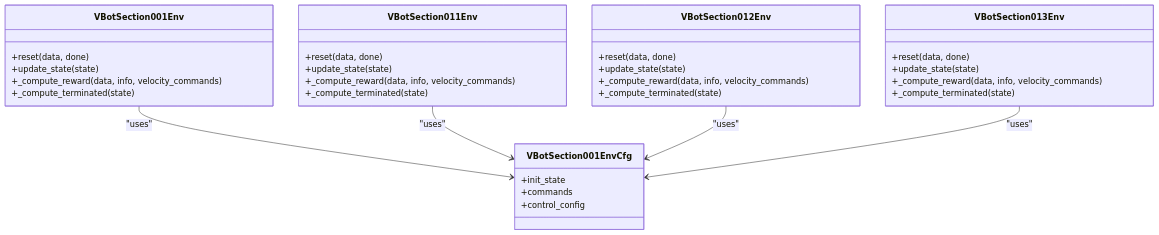
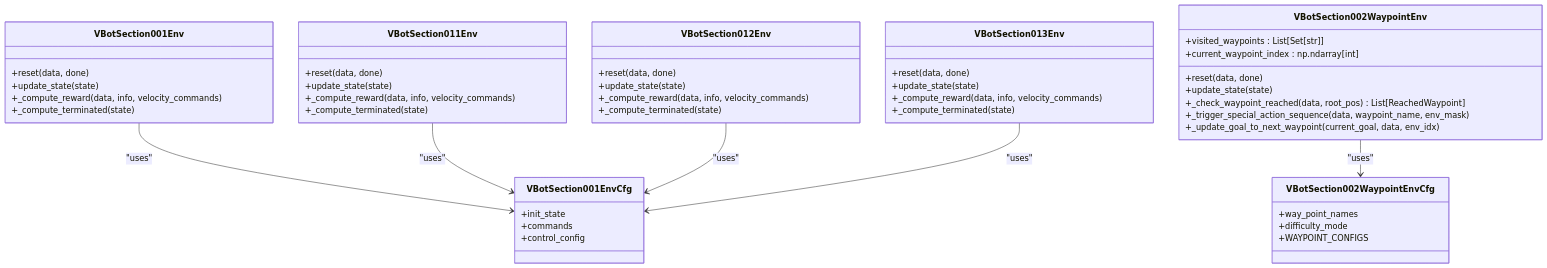
The fifth of 14 diagrams in .qoder/repowiki/en/content/Navigation Environments/Navigation Environments.md (jayjayhust/MotrixLab), drawn with Mermaid before and after one commit. The commit also changed other lines of this file and 27 other files, not shown here.

````diff
--- a/.qoder/repowiki/en/content/Navigation Environments/Navigation Environments.md
+++ b/.qoder/repowiki/en/content/Navigation Environments/Navigation Environments.md
@@ -258,36 +297,51 @@
 ```mermaid
 classDiagram
 class VBotSection001Env {
 +reset(data, done)
 +update_state(state)
 +_compute_reward(data, info, velocity_commands)
 +_compute_terminated(state)
 }
 class VBotSection011Env {
 +reset(data, done)
 +update_state(state)
 +_compute_reward(data, info, velocity_commands)
 +_compute_terminated(state)
 }
 class VBotSection012Env {
 +reset(data, done)
 +update_state(state)
 +_compute_reward(data, info, velocity_commands)
 +_compute_terminated(state)
 }
 class VBotSection013Env {
 +reset(data, done)
 +update_state(state)
 +_compute_reward(data, info, velocity_commands)
 +_compute_terminated(state)
 }
+class VBotSection002WaypointEnv {
++reset(data, done)
++update_state(state)
++_check_waypoint_reached(data, root_pos) List[ReachedWaypoint]
++_trigger_special_action_sequence(data, waypoint_name, env_mask)
++_update_goal_to_next_waypoint(current_goal, data, env_idx)
++visited_waypoints : List[Set[str]]
++current_waypoint_index : np.ndarray[int]
+}
 class VBotSection001EnvCfg {
 +init_state
 +commands
 +control_config
 }
+class VBotSection002WaypointEnvCfg {
++way_point_names
++difficulty_mode
++WAYPOINT_CONFIGS
+}
 VBotSection001Env --> VBotSection001EnvCfg : "uses"
 VBotSection011Env --> VBotSection001EnvCfg : "uses"
 VBotSection012Env --> VBotSection001EnvCfg : "uses"
 VBotSection013Env --> VBotSection001EnvCfg : "uses"
+VBotSection002WaypointEnv --> VBotSection002WaypointEnvCfg : "uses"
 ```
````
